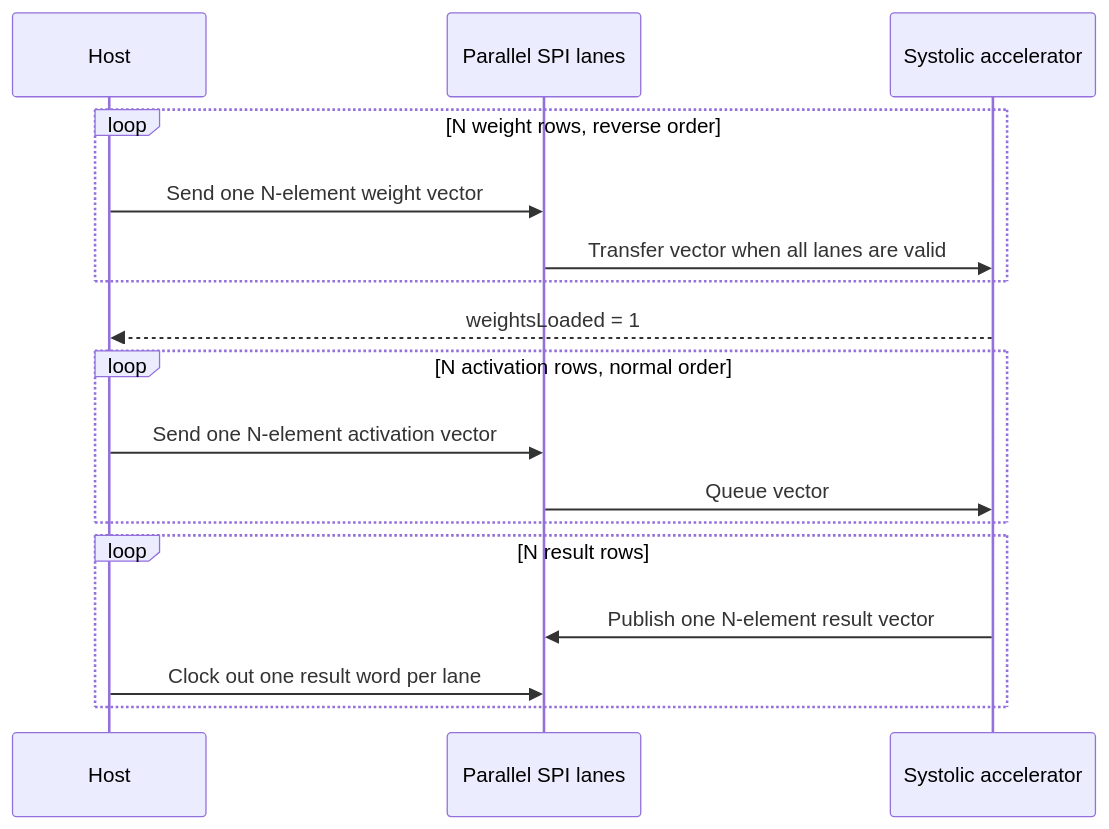
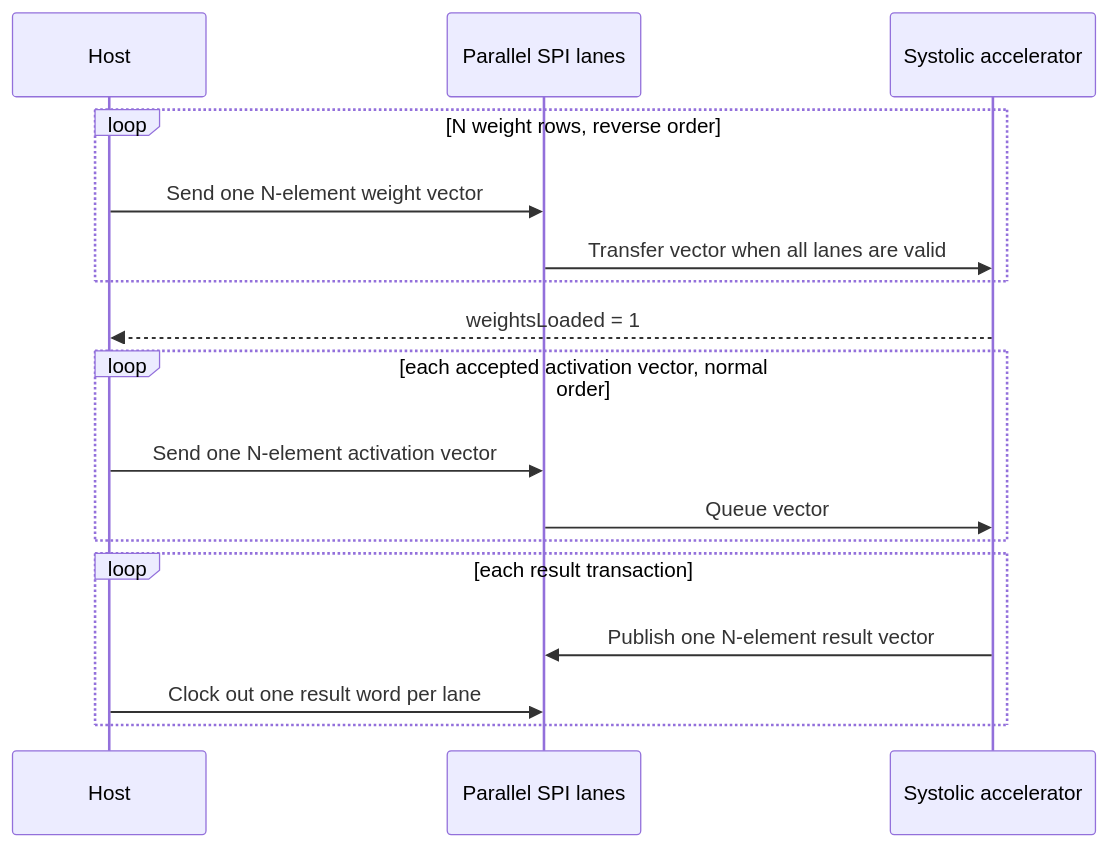
The third of 3 diagrams in README.md (aHighHooman/NN-Acceleration), drawn with Mermaid before and after one commit. The commit also changed other lines of this file and 14 other files, not shown here.

````diff
--- a/README.md
+++ b/README.md
@@ -62,22 +62,22 @@
 ```mermaid
 sequenceDiagram
     participant Host
     participant SPI as Parallel SPI lanes
     participant Core as Systolic accelerator
 
     loop N weight rows, reverse order
         Host->>SPI: Send one N-element weight vector
         SPI->>Core: Transfer vector when all lanes are valid
     end
     Core-->>Host: weightsLoaded = 1
 
-    loop N activation rows, normal order
+    loop each accepted activation vector, normal order
         Host->>SPI: Send one N-element activation vector
         SPI->>Core: Queue vector
     end
 
-    loop N result rows
+    loop each result transaction
         Core->>SPI: Publish one N-element result vector
         Host->>SPI: Clock out one result word per lane
     end
 ```
````
